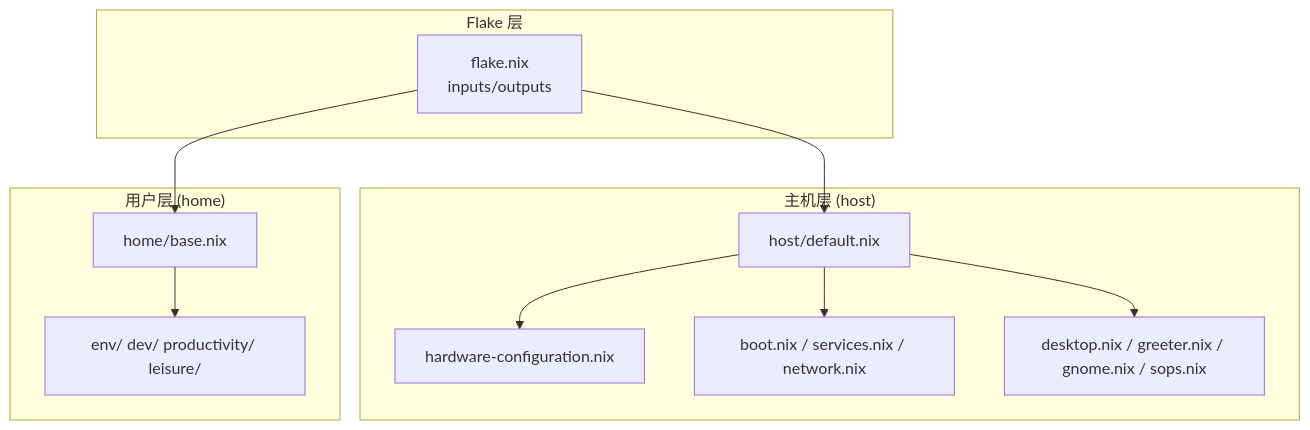
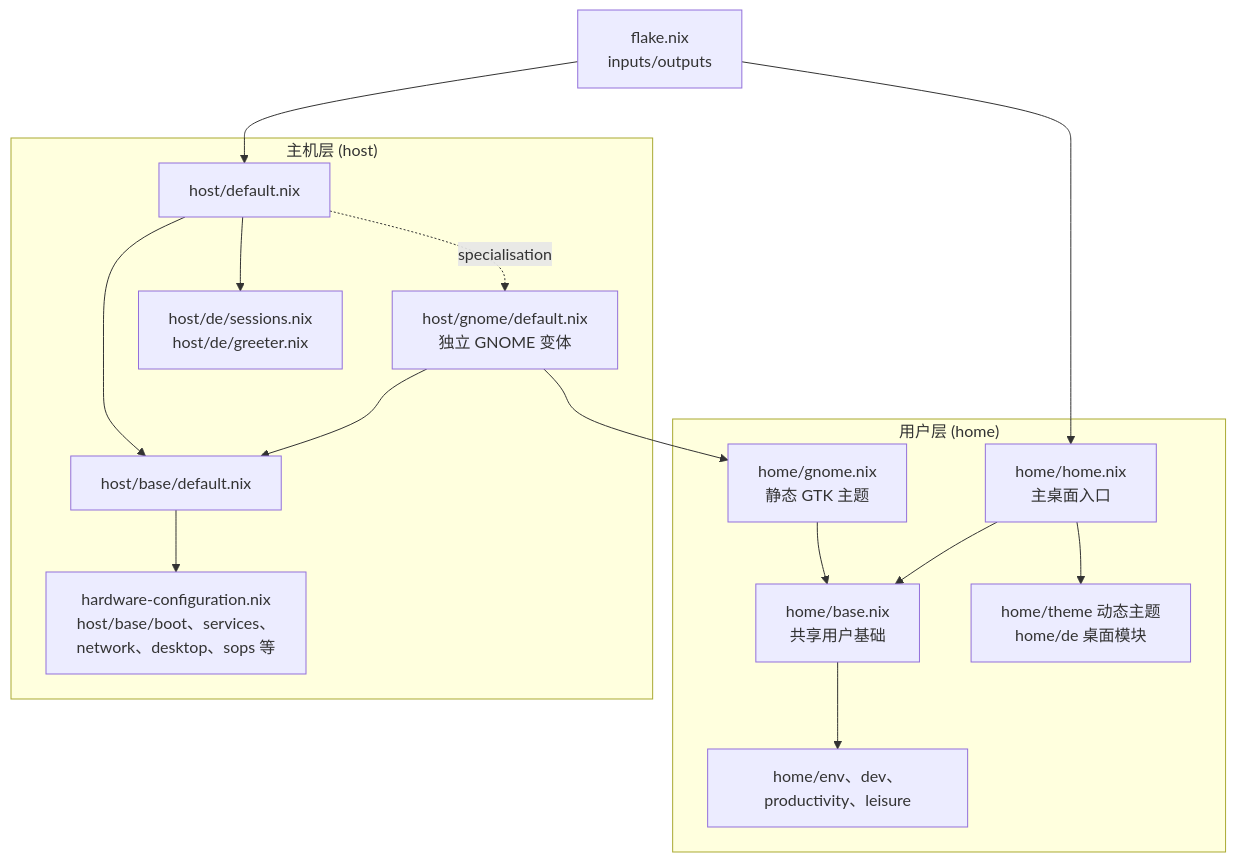
The first of 3 diagrams in wiki/architecture/index.md (Shangshui0302/myNixOSConfig), drawn with Mermaid before and after one commit. The commit also changed other lines of this file and 2 other files, not shown here.

Commit message:
docs(architecture): align module graphs with current entry points

````diff
--- a/wiki/architecture/index.md
+++ b/wiki/architecture/index.md
@@ -33,22 +33,30 @@
 ```mermaid
 graph TB
-subgraph "Flake 层"
 F["flake.nix<br/>inputs/outputs"]
-end
 subgraph "主机层 (host)"
 H1["host/default.nix"]
-H2["hardware-configuration.nix"]
-H3["boot.nix / services.nix / network.nix"]
-H4["desktop.nix / greeter.nix / gnome.nix / sops.nix"]
+HB["host/base/default.nix"]
+HC["hardware-configuration.nix<br/>host/base/boot、services、network、desktop、sops 等"]
+HD["host/de/sessions.nix<br/>host/de/greeter.nix"]
+HG["host/gnome/default.nix<br/>独立 GNOME 变体"]
 end
 subgraph "用户层 (home)"
-U1["home/base.nix"]
-U2["env/ dev/ productivity/ leisure/"]
+U1["home/home.nix<br/>主桌面入口"]
+UB["home/base.nix<br/>共享用户基础"]
+UC["home/env、dev、productivity、leisure"]
+UD["home/theme 动态主题<br/>home/de 桌面模块"]
+UG["home/gnome.nix<br/>静态 GTK 主题"]
 end
 F --> H1
-H1 --> H2
-H1 --> H3
-H1 --> H4
+H1 --> HB
+HB --> HC
+H1 --> HD
+H1 -. specialisation .-> HG
+HG --> HB
 F --> U1
-U1 --> U2
+U1 --> UB
+UB --> UC
+U1 --> UD
+HG --> UG
+UG --> UB
 ```
````
